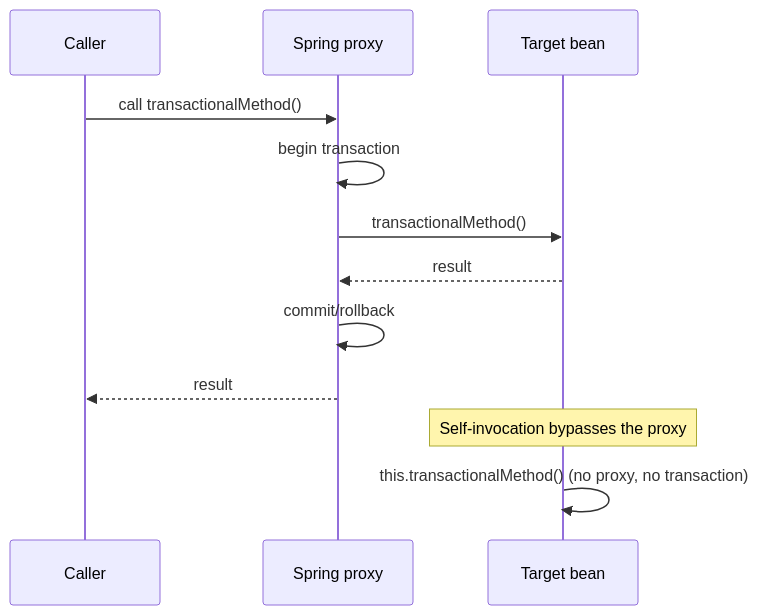
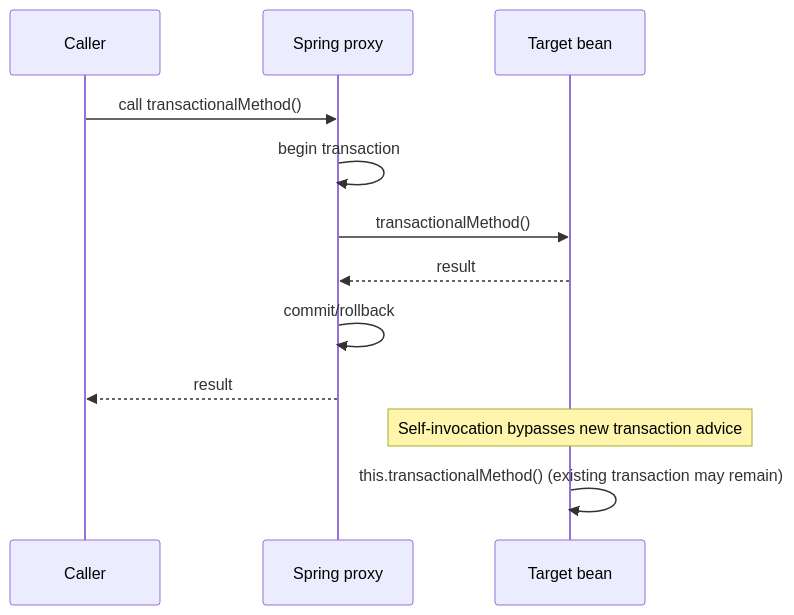
The second of 2 diagrams in docs/programming/frameworks/spring.md (DonalGeraghty/study-repository), drawn with Mermaid before and after one commit. The commit also changed other lines of this file and 58 other files, not shown here.

````diff
--- a/docs/programming/frameworks/spring.md
+++ b/docs/programming/frameworks/spring.md
@@ -96,14 +115,14 @@
 ```mermaid
 sequenceDiagram
     participant Caller
     participant Proxy as Spring proxy
     participant Bean as Target bean
     Caller->>Proxy: call transactionalMethod()
     Proxy->>Proxy: begin transaction
     Proxy->>Bean: transactionalMethod()
     Bean-->>Proxy: result
     Proxy->>Proxy: commit/rollback
     Proxy-->>Caller: result
-    Note over Bean: Self-invocation bypasses the proxy
-    Bean->>Bean: this.transactionalMethod() (no proxy, no transaction)
+    Note over Bean: Self-invocation bypasses new transaction advice
+    Bean->>Bean: this.transactionalMethod() (existing transaction may remain)
 ```
````
